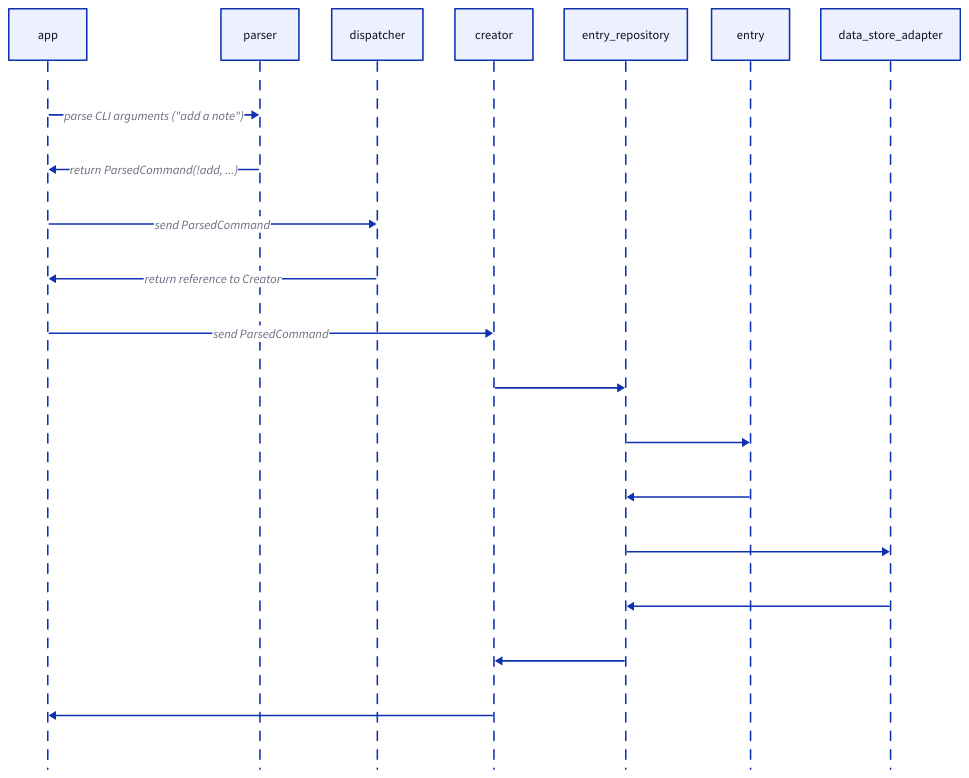
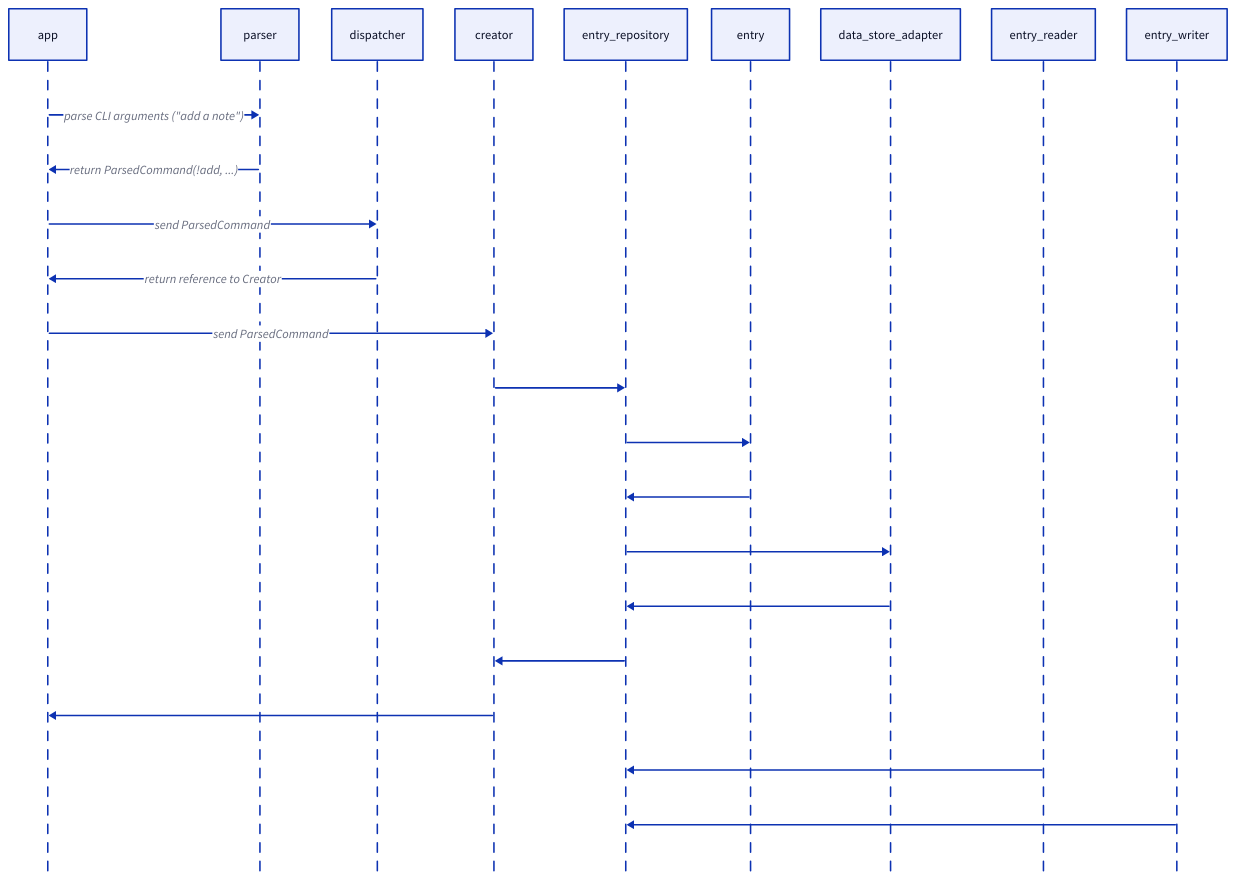
The diagram in doc/sketch.d2 (davidlee/nau-js), drawn with D2 before and after one commit. The commit also changed 19 other files, not shown here.

```diff
--- a/doc/sketch.d2
+++ b/doc/sketch.d2
@@ -1,10 +1,14 @@
+# d2 --sketch sketch.d2 sketch.svg --watch
 shape: sequence_diagram
 app -> parser: parse CLI arguments ("add a note")
 parser -> app: return ParsedCommand(!add, ...)
 app -> dispatcher: send ParsedCommand
 dispatcher -> app: return reference to Creator
 app -> creator: send ParsedCommand
 creator -> entry_repository -> entry
 entry -> entry_repository
 entry_repository -> data_store_adapter
 data_store_adapter -> entry_repository -> creator -> app
+
+entry_reader -> entry_repository
+entry_writer -> entry_repository
```
